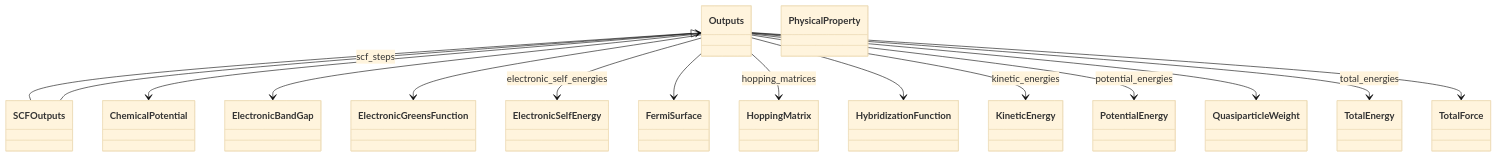
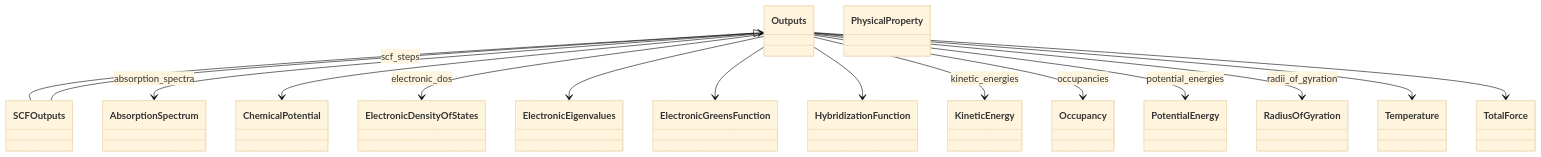
Before and after one commit to FAIRmat-NFDI/nomad-simulations: the first of 2 diagrams in docs/schema/outputs.diagram.md, drawn with Mermaid (base theme). The commit also changed 9 other files, not shown here.

````diff
--- a/docs/schema/outputs.diagram.md
+++ b/docs/schema/outputs.diagram.md
@@ -15,47 +15,47 @@
 ```mermaid
 classDiagram
+    class AbsorptionSpectrum {
+    }
     class ChemicalPotential {
     }
-    class ElectronicBandGap {
+    class ElectronicDensityOfStates {
+    }
+    class ElectronicEigenvalues {
     }
     class ElectronicGreensFunction {
-    }
-    class ElectronicSelfEnergy {
-    }
-    class FermiSurface {
-    }
-    class HoppingMatrix {
     }
     class HybridizationFunction {
     }
     class KineticEnergy {
+    }
+    class Occupancy {
     }
     class Outputs {
     }
     class PhysicalProperty {
     }
     class PotentialEnergy {
     }
-    class QuasiparticleWeight {
+    class RadiusOfGyration {
     }
     class SCFOutputs {
     }
-    class TotalEnergy {
+    class Temperature {
     }
     class TotalForce {
     }
     Outputs <|-- SCFOutputs
+    Outputs --> AbsorptionSpectrum : absorption_spectra
     Outputs --> ChemicalPotential
-    Outputs --> ElectronicBandGap
+    Outputs --> ElectronicDensityOfStates : electronic_dos
+    Outputs --> ElectronicEigenvalues
     Outputs --> ElectronicGreensFunction
-    Outputs --> ElectronicSelfEnergy : electronic_self_energies
-    Outputs --> FermiSurface
-    Outputs --> HoppingMatrix : hopping_matrices
     Outputs --> HybridizationFunction
     Outputs --> KineticEnergy : kinetic_energies
+    Outputs --> Occupancy : occupancies
     Outputs --> PotentialEnergy : potential_energies
-    Outputs --> QuasiparticleWeight
-    Outputs --> TotalEnergy : total_energies
+    Outputs --> RadiusOfGyration : radii_of_gyration
+    Outputs --> Temperature
     Outputs --> TotalForce
     SCFOutputs --> Outputs : scf_steps
 ```
````
